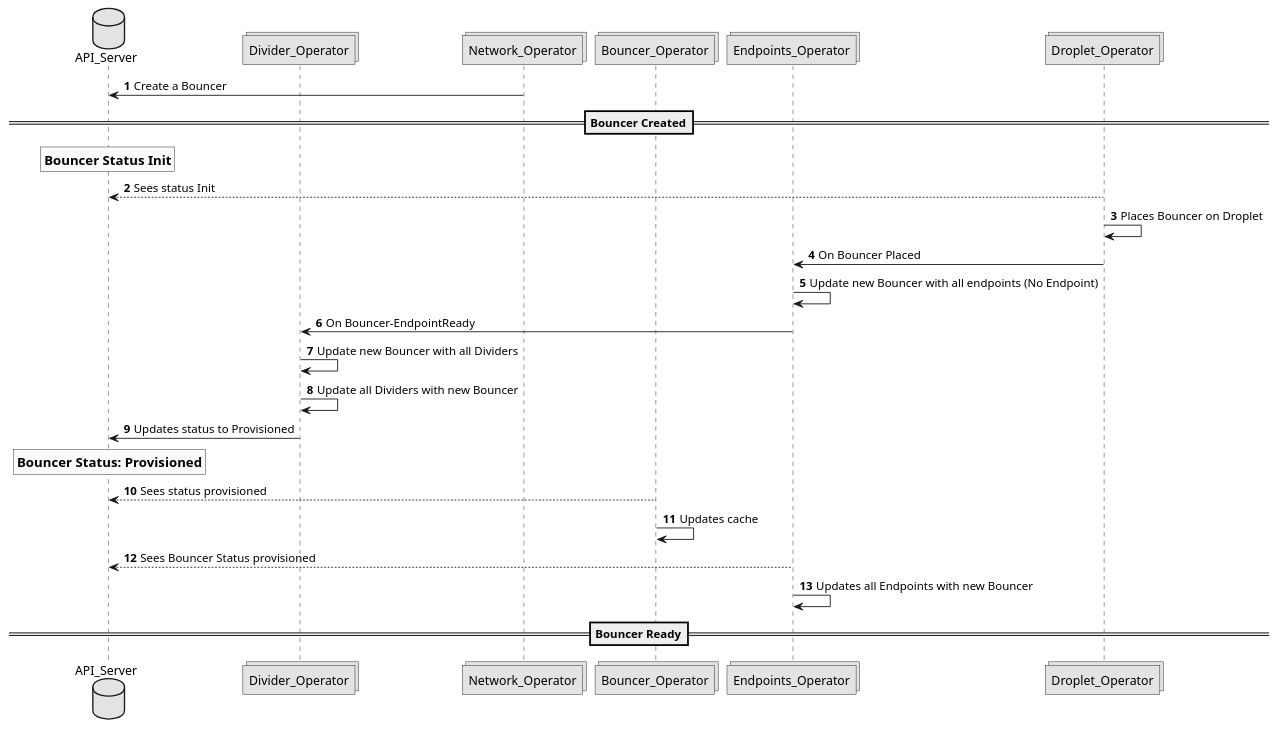
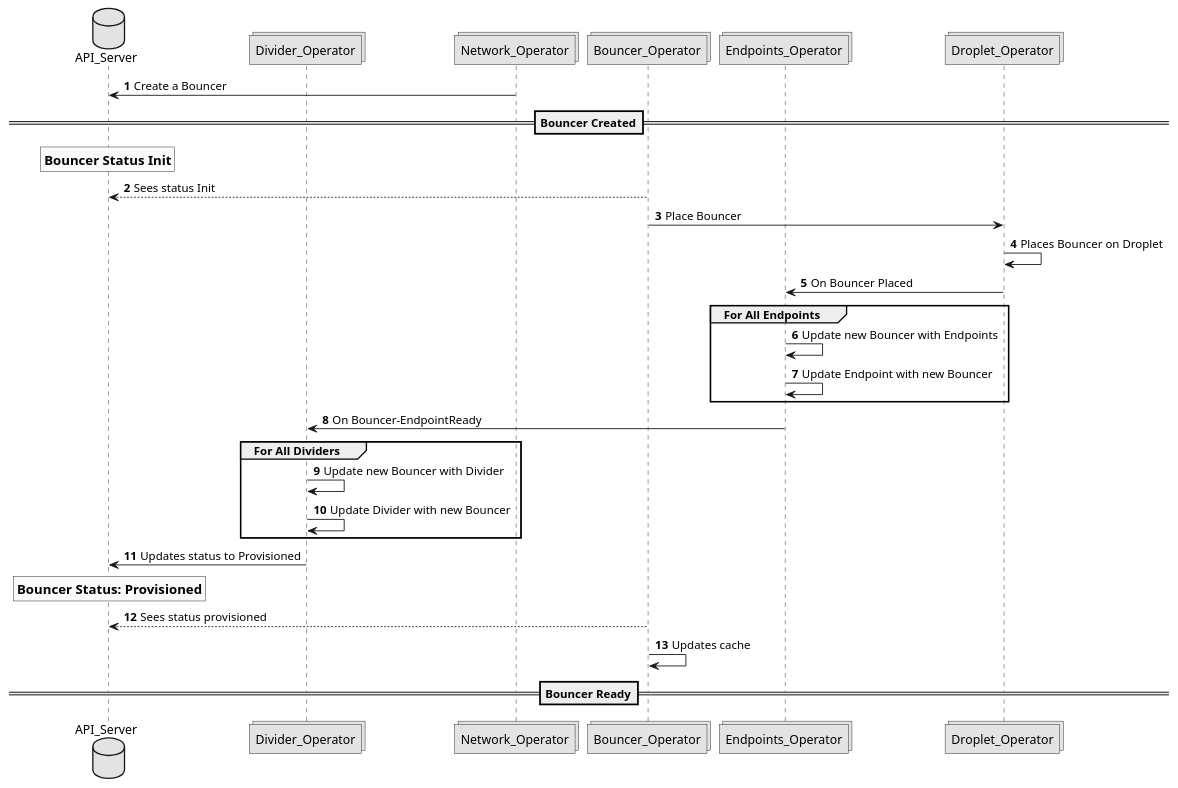
The diagram in Documentation/design/figures/create_bouncer_workflow.puml (CentaurusInfra/mizar), drawn with PlantUML before and after one commit. The commit also changed 4 other files, not shown here.

Commit message:
Updated create workflow diagrams for clarity

```diff
--- a/Documentation/design/figures/create_bouncer_workflow.puml
+++ b/Documentation/design/figures/create_bouncer_workflow.puml
@@ -1,32 +1,34 @@
 @startuml
 
 skinparam monochrome true
 autonumber
 
 database API_Server
 collections Divider_Operator
 collections Network_Operator
 collections Bouncer_Operator
 collections Endpoints_Operator
 collections Droplet_Operator
 
 Network_Operator -> API_Server: Create a Bouncer
 ==Bouncer Created==
 rnote over API_Server: ==Bouncer Status Init
-Droplet_Operator --> API_Server: Sees status Init
+Bouncer_Operator --> API_Server: Sees status Init
+Bouncer_Operator -> Droplet_Operator: Place Bouncer
 Droplet_Operator -> Droplet_Operator: Places Bouncer on Droplet
-
 Droplet_Operator -> Endpoints_Operator: On Bouncer Placed
-Endpoints_Operator -> Endpoints_Operator: Update new Bouncer with all endpoints (No Endpoint)
+group For All Endpoints
+Endpoints_Operator -> Endpoints_Operator: Update new Bouncer with Endpoints
+Endpoints_Operator -> Endpoints_Operator: Update Endpoint with new Bouncer
+end
 Endpoints_Operator -> Divider_Operator: On Bouncer-EndpointReady
-Divider_Operator -> Divider_Operator: Update new Bouncer with all Dividers
-Divider_Operator -> Divider_Operator: Update all Dividers with new Bouncer
+group For All Dividers
+Divider_Operator -> Divider_Operator: Update new Bouncer with Divider
+Divider_Operator -> Divider_Operator: Update Divider with new Bouncer
+end
 Divider_Operator -> API_Server: Updates status to Provisioned
 rnote over API_Server: == Bouncer Status: Provisioned
-
 Bouncer_Operator --> API_Server: Sees status provisioned
 Bouncer_Operator -> Bouncer_Operator: Updates cache
-Endpoints_Operator --> API_Server: Sees Bouncer Status provisioned
-Endpoints_Operator -> Endpoints_Operator: Updates all Endpoints with new Bouncer
 ==Bouncer Ready==
 @enduml
```
